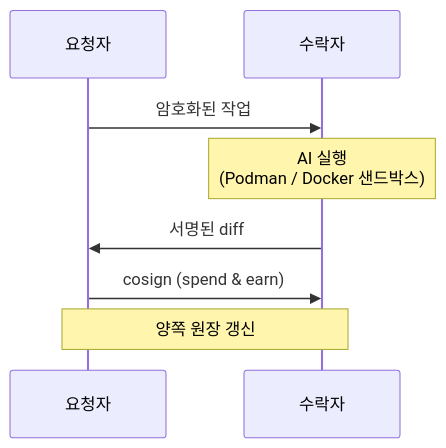
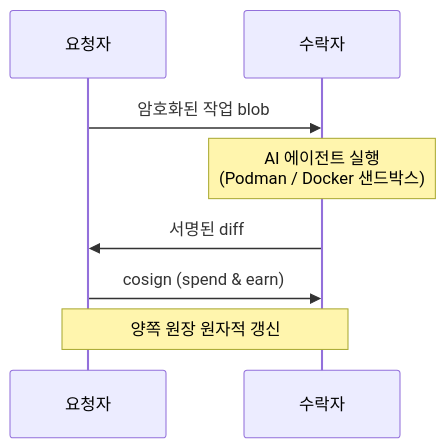
The diagram in README.ko.md (Doheon/agent-share), drawn with Mermaid before and after one commit. The commit also changed other lines of this file and 1 other file, not shown here.

````diff
--- a/README.ko.md
+++ b/README.ko.md
@@ -153,10 +144,10 @@
 ```mermaid
 sequenceDiagram
     participant R as 요청자
     participant A as 수락자
-    R->>A: 암호화된 작업
-    Note over A: AI 실행<br/>(Podman / Docker 샌드박스)
+    R->>A: 암호화된 작업 blob
+    Note over A: AI 에이전트 실행<br/>(Podman / Docker 샌드박스)
     A->>R: 서명된 diff
     R->>A: cosign (spend & earn)
-    Note over R,A: 양쪽 원장 갱신
+    Note over R,A: 양쪽 원장 원자적 갱신
 ```
````
